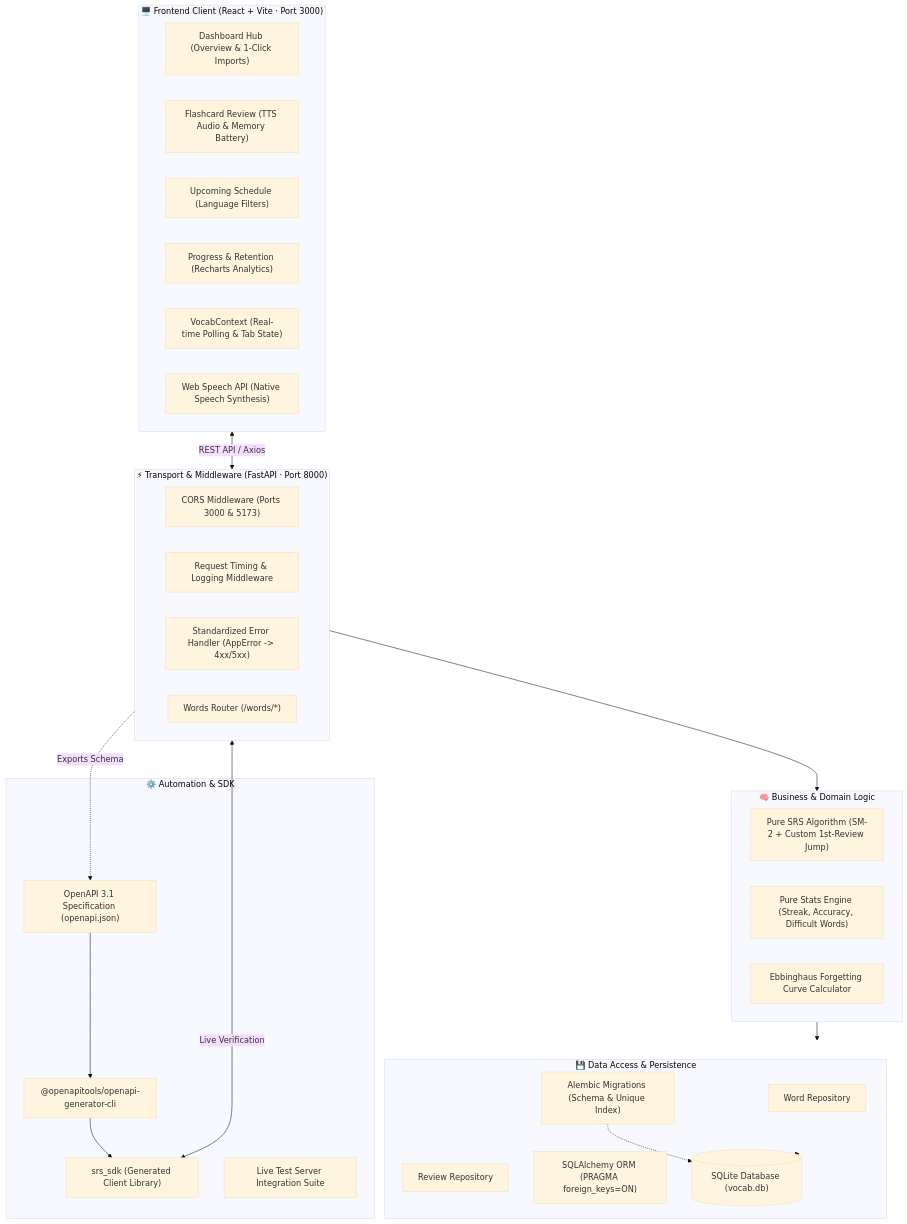
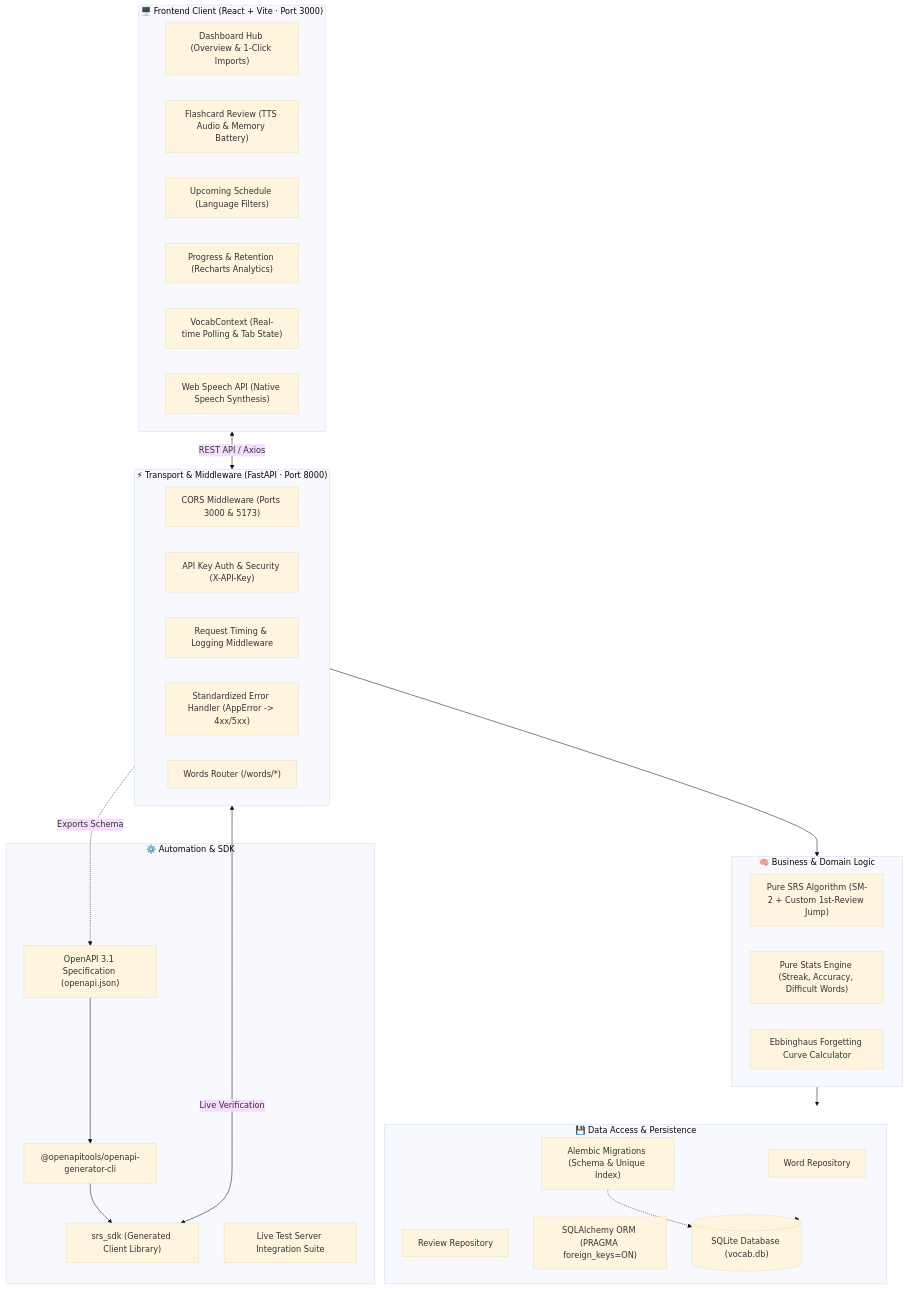
The first of 4 diagrams in README.md (elan-13/vocab-trainer), drawn with Mermaid (base theme) before and after one commit. The commit also changed other lines of this file and 17 other files, not shown here.

Commit message:
feat: add API key authentication, frontend integration, and SDK test suite with automated startup scripts

````diff
--- a/README.md
+++ b/README.md
@@ -13,51 +46,52 @@
 ```mermaid
 graph TB
     subgraph ClientLayer["🖥️ Frontend Client (React + Vite · Port 3000)"]
         Dashboard["Dashboard Hub (Overview & 1-Click Imports)"]
         ReviewCard["Flashcard Review (TTS Audio & Memory Battery)"]
         Upcoming["Upcoming Schedule (Language Filters)"]
         Progress["Progress & Retention (Recharts Analytics)"]
         VocabContext["VocabContext (Real-time Polling & Tab State)"]
         WebSpeech["Web Speech API (Native Speech Synthesis)"]
     end
 
     subgraph TransportLayer["⚡ Transport & Middleware (FastAPI · Port 8000)"]
         CORSMiddleware["CORS Middleware (Ports 3000 & 5173)"]
+        SecurityMiddleware["API Key Auth & Security (X-API-Key)"]
         LoggingMiddleware["Request Timing & Logging Middleware"]
         ErrorHandlers["Standardized Error Handler (AppError -> 4xx/5xx)"]
         APIRouter["Words Router (/words/*)"]
     end
 
     subgraph ServiceLayer["🧠 Business & Domain Logic"]
         SRSAlgorithm["Pure SRS Algorithm (SM-2 + Custom 1st-Review Jump)"]
         StatsService["Pure Stats Engine (Streak, Accuracy, Difficult Words)"]
         MemoryModel["Ebbinghaus Forgetting Curve Calculator"]
     end
 
     subgraph DataAccessLayer["💾 Data Access & Persistence"]
         WordRepo["Word Repository"]
         ReviewRepo["Review Repository"]
         SQLAlchemyORM["SQLAlchemy ORM (PRAGMA foreign_keys=ON)"]
         SQLiteDB[("SQLite Database (vocab.db)")]
         AlembicMigrations["Alembic Migrations (Schema & Unique Index)"]
     end
 
     subgraph SDKPipeline["⚙️ Automation & SDK"]
         OpenAPISpec["OpenAPI 3.1 Specification (openapi.json)"]
         OpenAPIGenerator["@openapitools/openapi-generator-cli"]
         PythonSDK["srs_sdk (Generated Client Library)"]
         SDKTests["Live Test Server Integration Suite"]
     end
 
     %% Connections
     ClientLayer <-->|REST API / Axios| TransportLayer
     TransportLayer --> ServiceLayer
     ServiceLayer --> DataAccessLayer
     DataAccessLayer --> SQLiteDB
     AlembicMigrations -.-> SQLiteDB
 
     TransportLayer -.->|Exports Schema| OpenAPISpec
     OpenAPISpec --> OpenAPIGenerator
     OpenAPIGenerator --> PythonSDK
     PythonSDK <-->|Live Verification| TransportLayer
 ```
````
